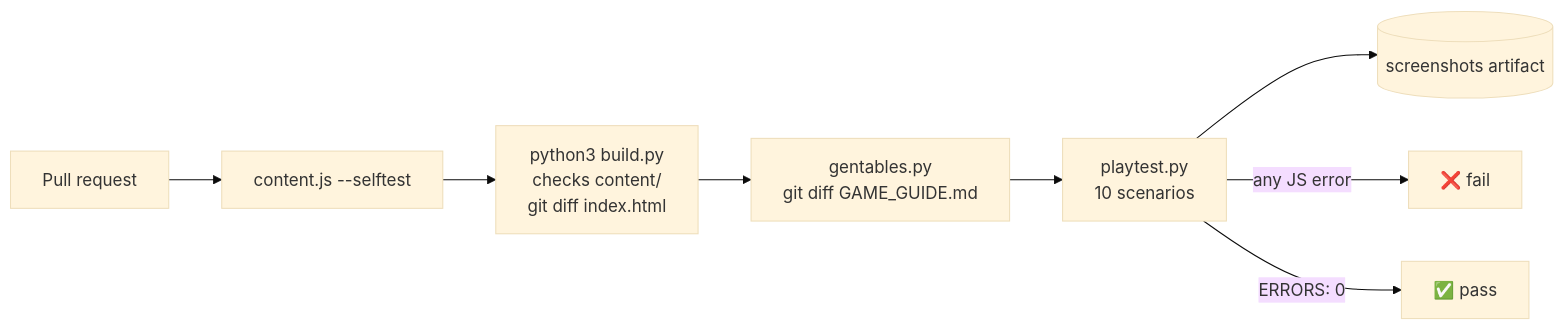
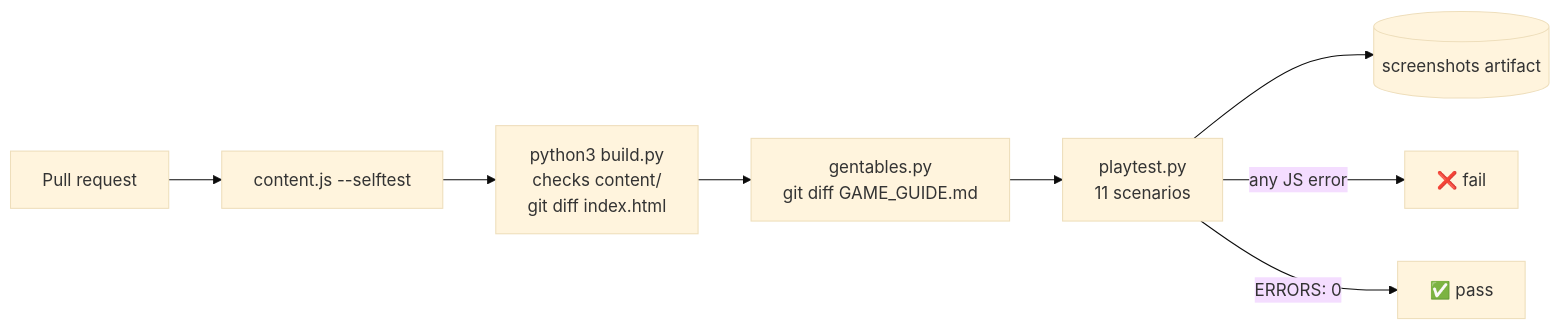
One commit to CptNope/Laternfall changed the fourth of 4 diagrams in docs/TESTING.md. Above: the diagram before and after it, drawn with Mermaid (base theme). The commit also changed other lines of this file and 24 other files, not shown here.

````diff
--- a/docs/TESTING.md
+++ b/docs/TESTING.md
@@ -236,9 +237,9 @@
 ```mermaid
 flowchart LR
     PR[Pull request] --> CS[content.js --selftest] --> B[python3 build.py<br/>checks content/<br/>git diff index.html]
     B --> GG[gentables.py<br/>git diff GAME_GUIDE.md]
-    GG --> PT[playtest.py<br/>10 scenarios]
+    GG --> PT[playtest.py<br/>11 scenarios]
     PT --> A[(screenshots artifact)]
     PT -->|any JS error| X[❌ fail]
     PT -->|ERRORS: 0| OK[✅ pass]
 ```
````
